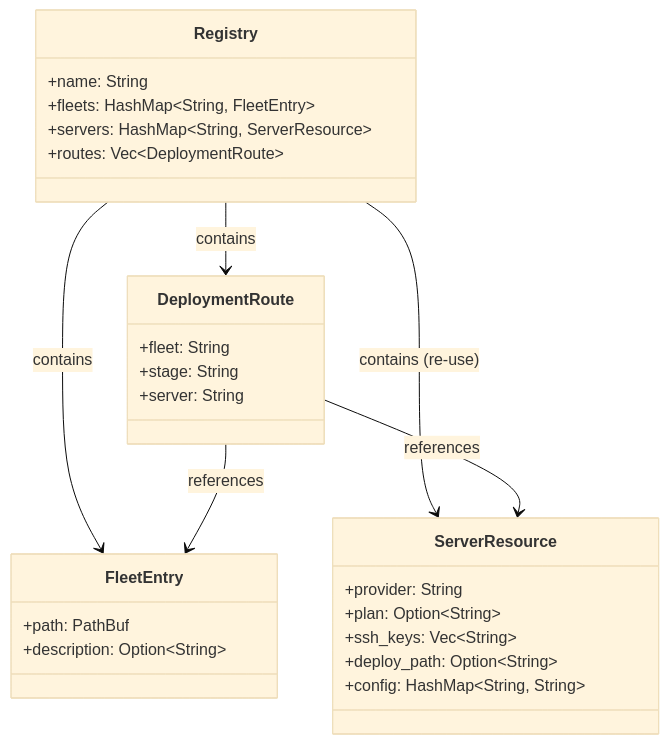
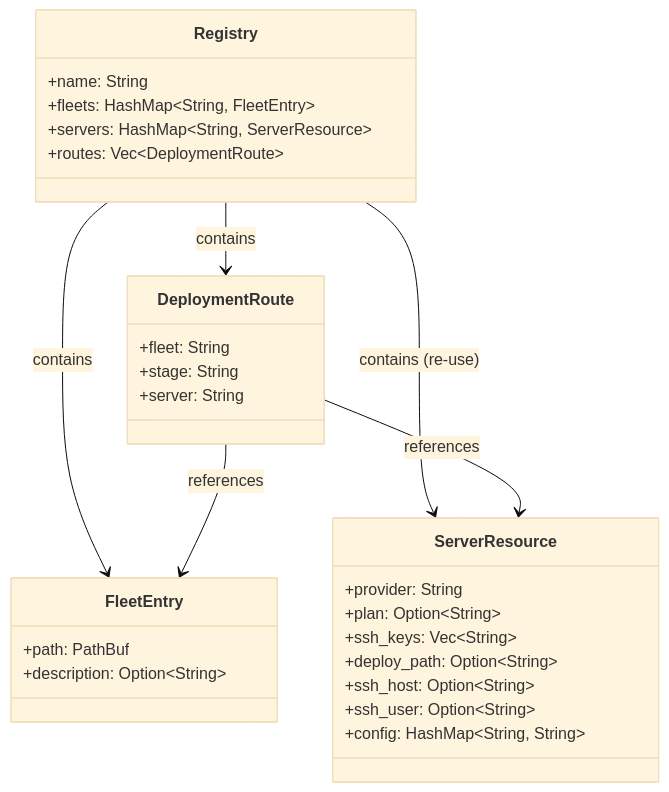
Before and after one commit to chronista-club/fleetflow: the first of 5 diagrams in design/13-fleet-registry.md, drawn with Mermaid (base theme). The commit also changed other lines of this file and 5 other files, not shown here.

````diff
--- a/design/13-fleet-registry.md
+++ b/design/13-fleet-registry.md
@@ -58,30 +58,32 @@
 ```mermaid
 classDiagram
     class Registry {
         +name: String
         +fleets: HashMap~String, FleetEntry~
         +servers: HashMap~String, ServerResource~
         +routes: Vec~DeploymentRoute~
     }
     class FleetEntry {
         +path: PathBuf
         +description: Option~String~
     }
     class ServerResource {
         +provider: String
         +plan: Option~String~
         +ssh_keys: Vec~String~
         +deploy_path: Option~String~
+        +ssh_host: Option~String~
+        +ssh_user: Option~String~
         +config: HashMap~String, String~
     }
     class DeploymentRoute {
         +fleet: String
         +stage: String
         +server: String
     }
     Registry --> FleetEntry : contains
     Registry --> ServerResource : contains (re-use)
     Registry --> DeploymentRoute : contains
     DeploymentRoute --> FleetEntry : references
     DeploymentRoute --> ServerResource : references
 ```
````
